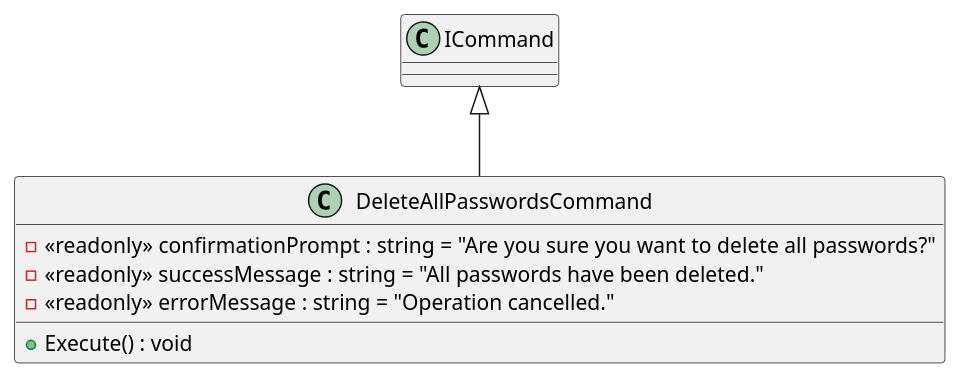
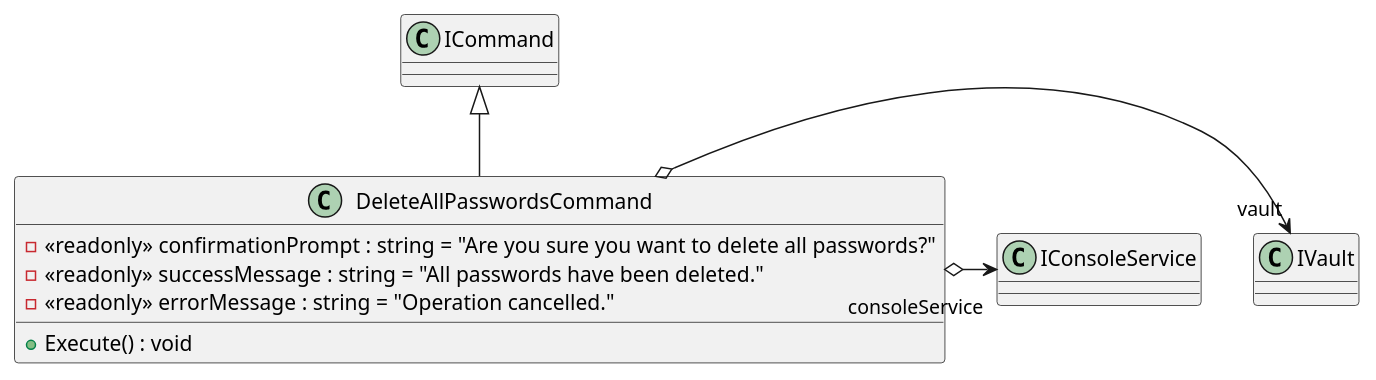
Before and after one commit to BeierKevin/KeyVaultCLI: the diagram in uml/src/KeyVaultCli.Application/PasswordEntry/Commands/DeletePasswordEntry/DeleteAllPasswordsCommand.puml, drawn with PlantUML. The commit also changed 16 other files, not shown here.

```diff
--- a/uml/src/KeyVaultCli.Application/PasswordEntry/Commands/DeletePasswordEntry/DeleteAllPasswordsCommand.puml
+++ b/uml/src/KeyVaultCli.Application/PasswordEntry/Commands/DeletePasswordEntry/DeleteAllPasswordsCommand.puml
@@ -1,9 +1,11 @@
 @startuml
 class DeleteAllPasswordsCommand {
     - <<readonly>> confirmationPrompt : string = "Are you sure you want to delete all passwords?"
     - <<readonly>> successMessage : string = "All passwords have been deleted."
     - <<readonly>> errorMessage : string = "Operation cancelled."
     + Execute() : void
 }
 ICommand <|-- DeleteAllPasswordsCommand
+DeleteAllPasswordsCommand o-> "vault" IVault
+DeleteAllPasswordsCommand o-> "consoleService" IConsoleService
 @enduml
```
